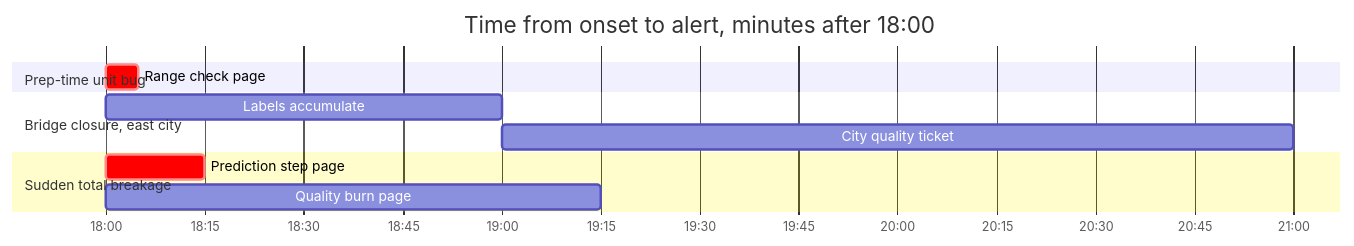
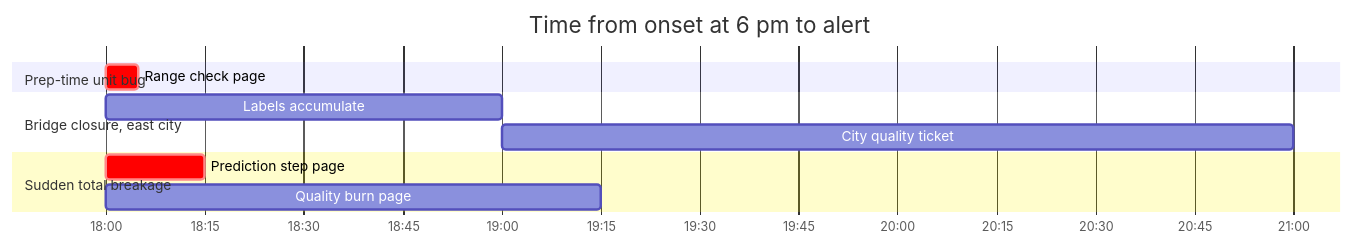
Diagram 13 of 13 in manuscript/book2-ml-ai/70-ml-monitoring.md (Sampath1-1-1/System-Design), drawn with Mermaid before and after one commit. The commit also changed other lines of this file and 4 other files, not shown here.

````diff
--- a/manuscript/book2-ml-ai/70-ml-monitoring.md
+++ b/manuscript/book2-ml-ai/70-ml-monitoring.md
@@ -1333,14 +1333,14 @@
 ```mermaid
 gantt
-  title Time from onset to alert, minutes after 18:00
+  title Time from onset at 6 pm to alert
   dateFormat HH:mm
   axisFormat %H:%M
   section Prep-time unit bug
   Range check page :crit, b1, 18:00, 5m
   section Bridge closure, east city
   Labels accumulate :a1, 18:00, 60m
   City quality ticket :a2, after a1, 120m
   section Sudden total breakage
   Prediction step page :crit, c1, 18:00, 15m
   Quality burn page :c2, 18:00, 75m
 ```
````
